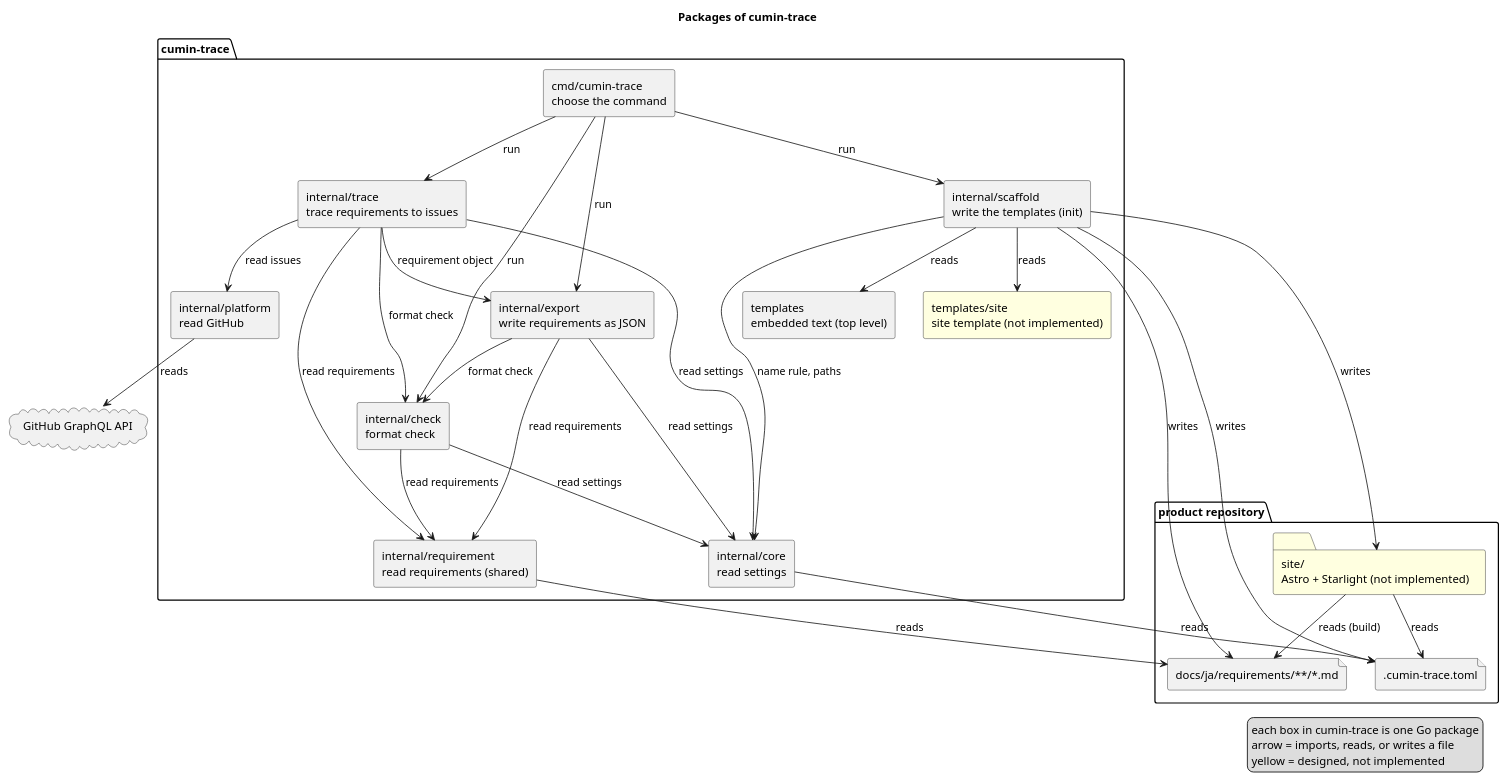
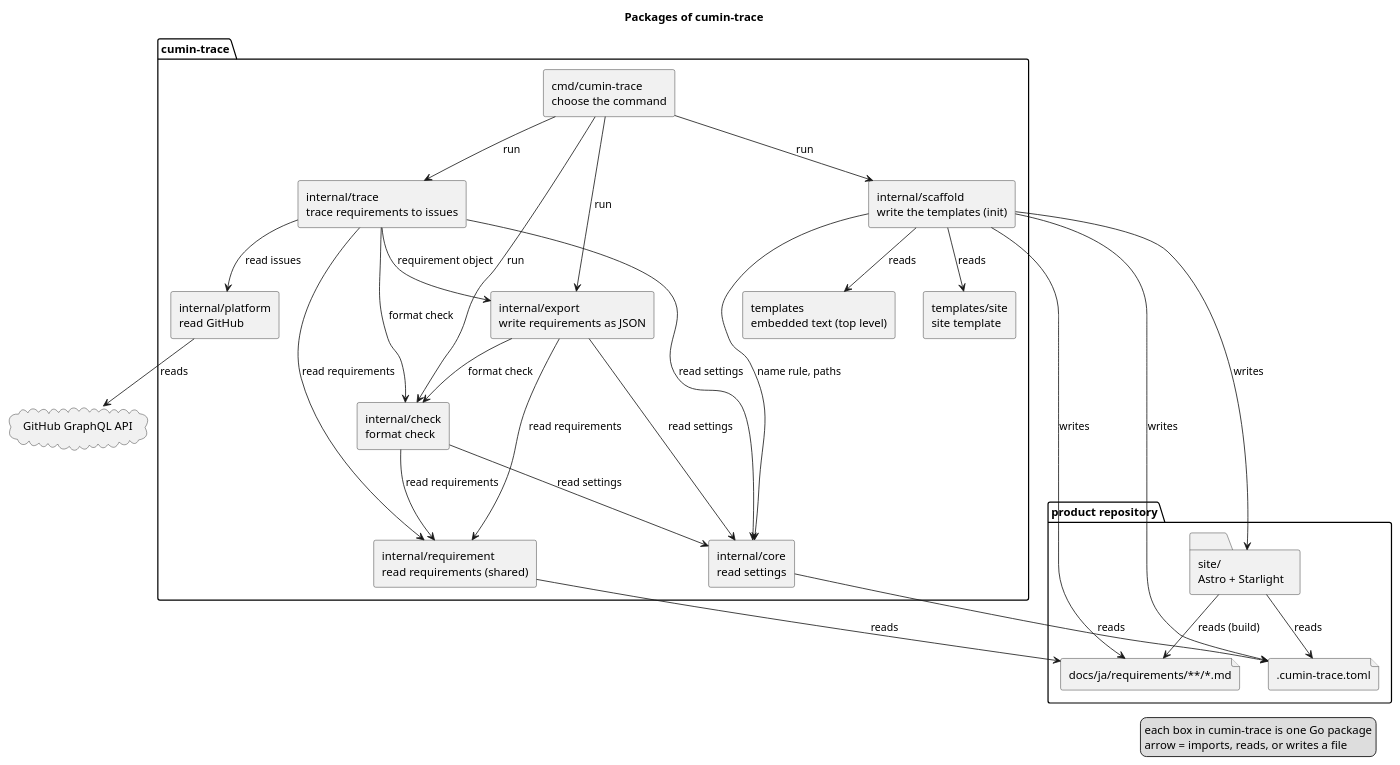
Before and after one commit to cloveclovedev/cumin-trace: the diagram in docs/ja/architecture/overview.puml, drawn with PlantUML. The commit also changed 7 other files, not shown here.

First line of the commit message:
chore(site): tidy the README, the architecture diagram, and the site tests (#127)

```diff
--- a/docs/ja/architecture/overview.puml
+++ b/docs/ja/architecture/overview.puml
@@ -1,58 +1,57 @@
 @startuml overview
 title Packages of cumin-trace
 skinparam shadowing false
 skinparam componentStyle rectangle
 
 package "product repository" {
   file ".cumin-trace.toml" as toml
   file "docs/ja/requirements/**/*.md" as docs
-  folder "site/\nAstro + Starlight (not implemented)" as site #LightYellow
+  folder "site/\nAstro + Starlight" as site
 }
 
 package "cumin-trace" {
   [cmd/cumin-trace\nchoose the command] as cmd
   [internal/check\nformat check] as check
   [internal/requirement\nread requirements (shared)] as requirement
   [internal/core\nread settings] as core
   [internal/export\nwrite requirements as JSON] as export
   [internal/scaffold\nwrite the templates (init)] as scaffold
   [templates\nembedded text (top level)] as templates
-  [templates/site\nsite template (not implemented)] as tsite #LightYellow
+  [templates/site\nsite template] as tsite
   [internal/trace\ntrace requirements to issues] as trace
   [internal/platform\nread GitHub] as platform
 }
 
 cloud "GitHub GraphQL API" as api
 
 cmd --> check : run
 cmd --> export : run
 cmd --> scaffold : run
 cmd --> trace : run
 export --> check : format check
 export --> requirement : read requirements
 export --> core : read settings
 trace --> check : format check
 trace --> requirement : read requirements
 trace --> core : read settings
 trace --> export : requirement object
 trace --> platform : read issues
 platform --> api : reads
 scaffold --> templates : reads
 scaffold --> core : name rule, paths
 scaffold --> toml : writes
 scaffold --> docs : writes
 scaffold --> tsite : reads
 scaffold --> site : writes
 site --> toml : reads
 site --> docs : reads (build)
 check --> requirement : read requirements
 check --> core : read settings
 core --> toml : reads
 requirement --> docs : reads
 
 legend right
   each box in cumin-trace is one Go package
   arrow = imports, reads, or writes a file
-  yellow = designed, not implemented
 endlegend
 @enduml
```
